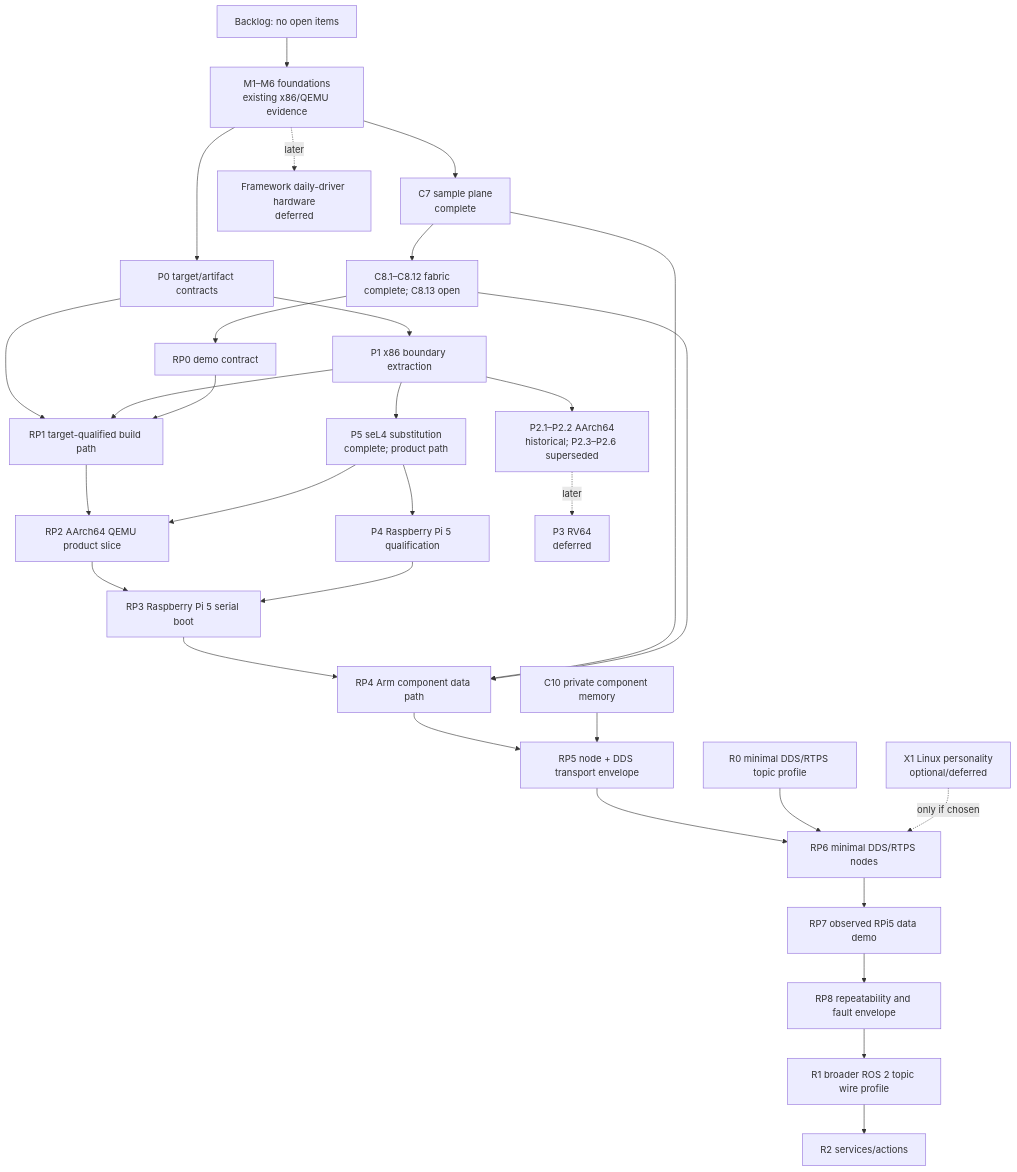
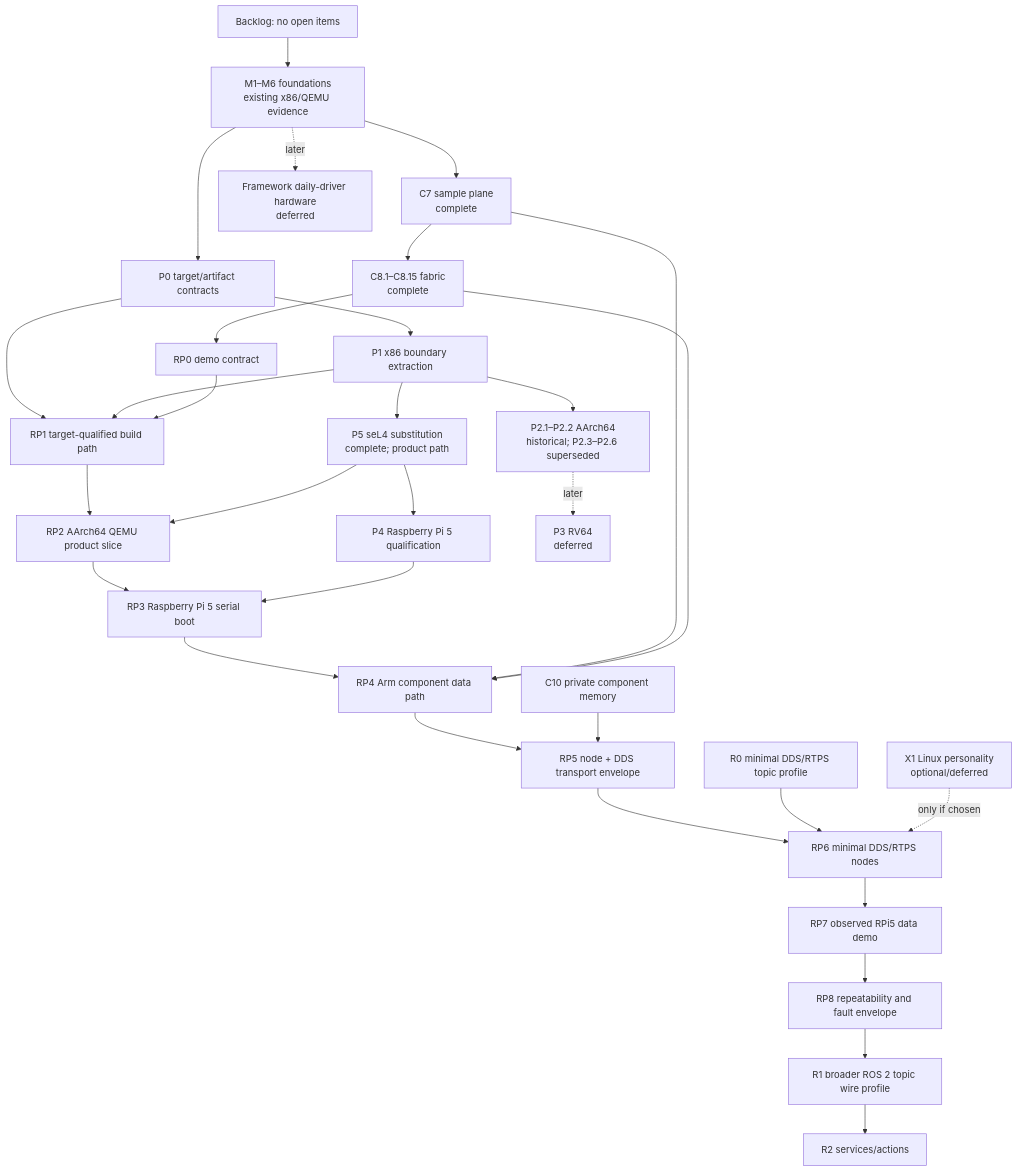
Before and after one commit to iceice666/slime_os: the diagram in roadmap/README.md, drawn with Mermaid. The commit also changed other lines of this file and 6 other files, not shown here.

````diff
--- a/roadmap/README.md
+++ b/roadmap/README.md
@@ -44,47 +44,47 @@
 ```mermaid
 flowchart TD
     Backlog["Backlog: no open items"]
     Foundations["M1–M6 foundations\nexisting x86/QEMU evidence"]
     C7["C7 sample plane\ncomplete"]
-    C8["C8.1–C8.12 fabric\ncomplete; C8.13 open"]
+    C8["C8.1–C8.15 fabric\ncomplete"]
     P0["P0 target/artifact contracts"]
     P1["P1 x86 boundary extraction"]
     P2["P2.1–P2.2 AArch64\nhistorical; P2.3–P2.6 superseded"]
     P5["P5 seL4 substitution\ncomplete; product path"]
     P4["P4 Raspberry Pi 5 qualification"]
     C10["C10 private component memory"]
     R0["R0 minimal DDS/RTPS topic profile"]
     RP0["RP0 demo contract"]
     RP1["RP1 target-qualified build path"]
     RP2["RP2 AArch64 QEMU product slice"]
     RP3["RP3 Raspberry Pi 5 serial boot"]
     RP4["RP4 Arm component data path"]
     RP5["RP5 node + DDS transport envelope"]
     RP6["RP6 minimal DDS/RTPS nodes"]
     RP7["RP7 observed RPi5 data demo"]
     RP8["RP8 repeatability and fault envelope"]
     R1["R1 broader ROS 2 topic wire profile"]
     R2["R2 services/actions"]
     Framework["Framework daily-driver hardware\ndeferred"]
     RV64["P3 RV64\ndeferred"]
     X1["X1 Linux personality\noptional/deferred"]
 
     Backlog --> Foundations
     Foundations --> C7 --> C8
     Foundations --> P0 --> P1 --> P5 --> P4
     P1 --> P2
     C8 --> RP0
     P0 --> RP1
     P1 --> RP1
     RP0 --> RP1 --> RP2 --> RP3 --> RP4 --> RP5 --> RP6 --> RP7 --> RP8
     P5 --> RP2
     P4 --> RP3
     C7 --> RP4
     C8 --> RP4
     C10 --> RP5
     R0 --> RP6
     X1 -.->|only if chosen| RP6
     RP8 --> R1 --> R2
     P2 -.->|later| RV64
     Foundations -.->|later| Framework
 ```
````
